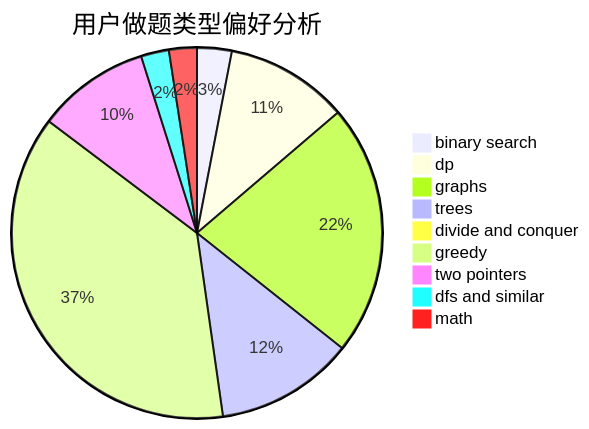
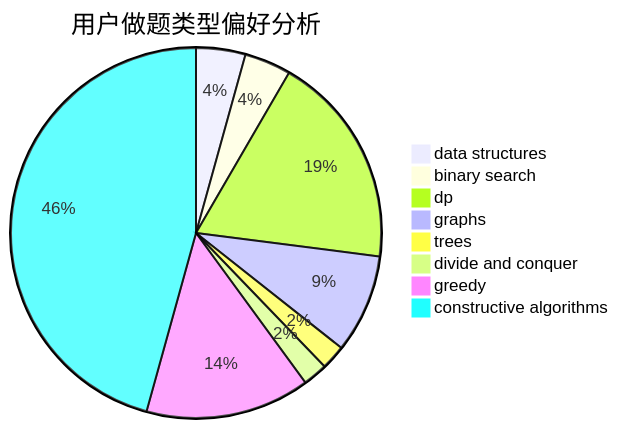
Before and after one commit to sherpahu/cfrs.github.io: the second of 3 diagrams in docs/user/u1452.md, drawn with Mermaid. The commit also changed other lines of this file and 2775 other files, not shown here.

````diff
--- a/docs/user/u1452.md
+++ b/docs/user/u1452.md
@@ -23,12 +23,11 @@
 ```mermaid
 pie title 用户做题类型偏好分析
-    "binary search" :  31
-    "dp" :  110
-    "graphs" :  225
-    "trees" :  124
+    "data structures" :  18
+    "binary search" :  17
+    "dp" :  78
+    "graphs" :  36
+    "trees" :  9
     "divide and conquer" :  9
-    "greedy" :  385
-    "two pointers" :  101
-    "dfs and similar" :  25
-    "math" :  25
+    "greedy" :  60
+    "constructive algorithms" :  191
 ```
````
